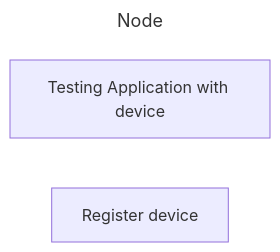
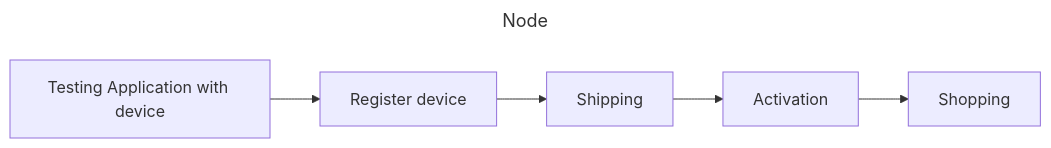
The diagram in SkipQ/TO-DO 18-May-2026/README.MD (Ayush750502/PrologicTechnologies2025), drawn with Mermaid before and after one commit. The commit also changed other lines of this file, not shown here.

Commit message:
Detailing

````diff
--- a/SkipQ/TO-DO 18-May-2026/README.MD
+++ b/SkipQ/TO-DO 18-May-2026/README.MD
@@ -7,8 +7,14 @@
 ```mermaid
 ---
 title: Node
 ---
 flowchart LR
 	A[Testing Application with device]
 	B[Register device]
+	C[Shipping]
+	D[Activation]
+	E[Shopping]
+
+	A --> B --> C --> D --> E
+
 ```
````
